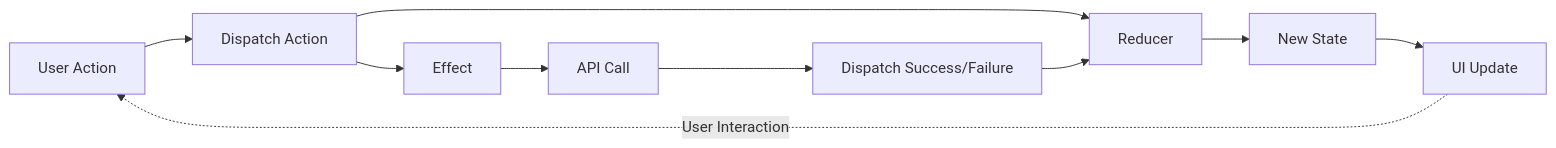
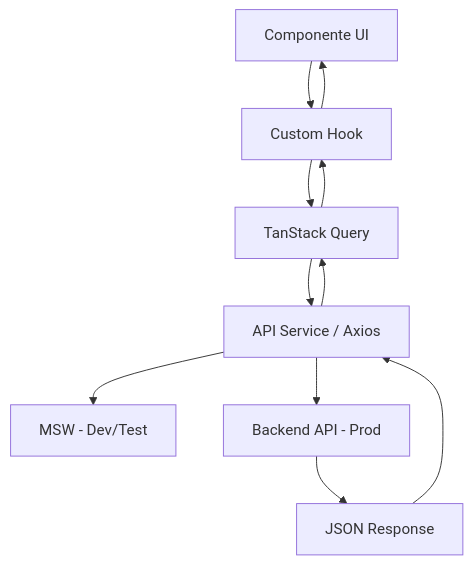
One commit to frigini/MeAjudaAi changed the diagram in docs/admin-portal/architecture.md. Above: the diagram before and after it, drawn with Mermaid. The commit also changed other lines of this file and 370 other files, not shown here.

````diff
--- a/docs/admin-portal/architecture.md
+++ b/docs/admin-portal/architecture.md
@@ -11,13 +11,13 @@
 ```mermaid
-graph LR
-    A[User Action] --> B[Dispatch Action]
-    B --> C[Reducer]
-    C --> D[New State]
-    D --> E[UI Update]
-    E -.User Interaction.-> A
-    
-    B --> F[Effect]
-    F --> G[API Call]
-    G --> H[Dispatch Success/Failure]
-    H --> C
+graph TD
+    A[Componente UI] --> B[Custom Hook]
+    B --> C[TanStack Query]
+    C --> D[API Service / Axios]
+    D --> E[MSW - Dev/Test]
+    D --> F[Backend API - Prod]
+    F --> G[JSON Response]
+    G --> D
+    D --> C
+    C --> B
+    B --> A
 ```
````
